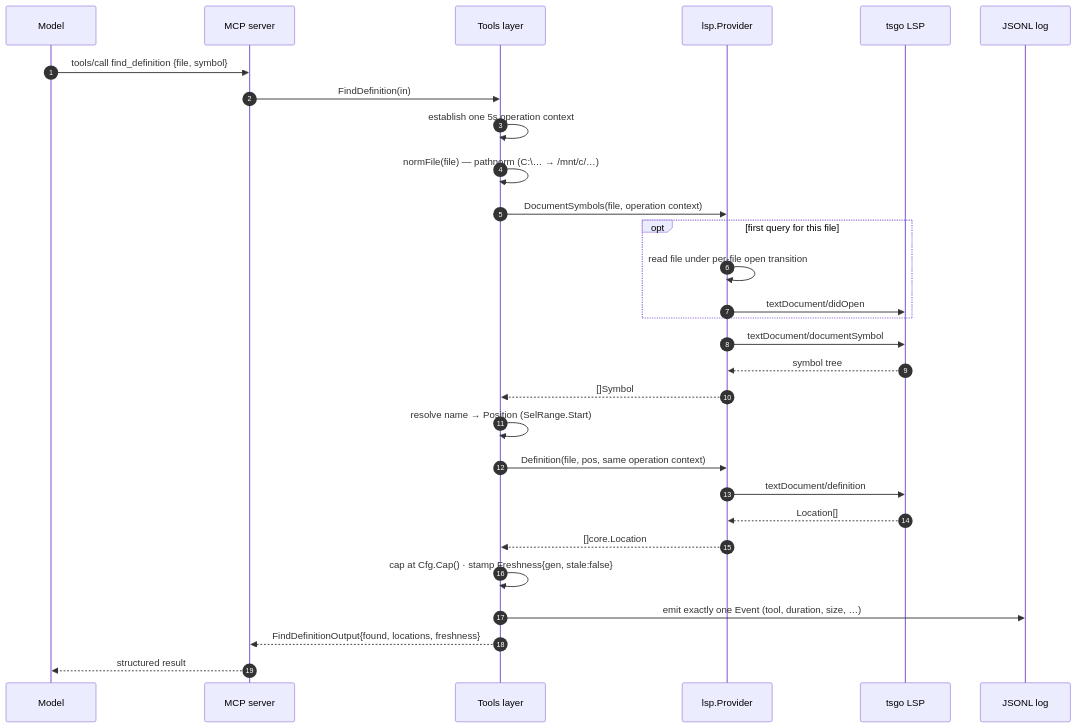
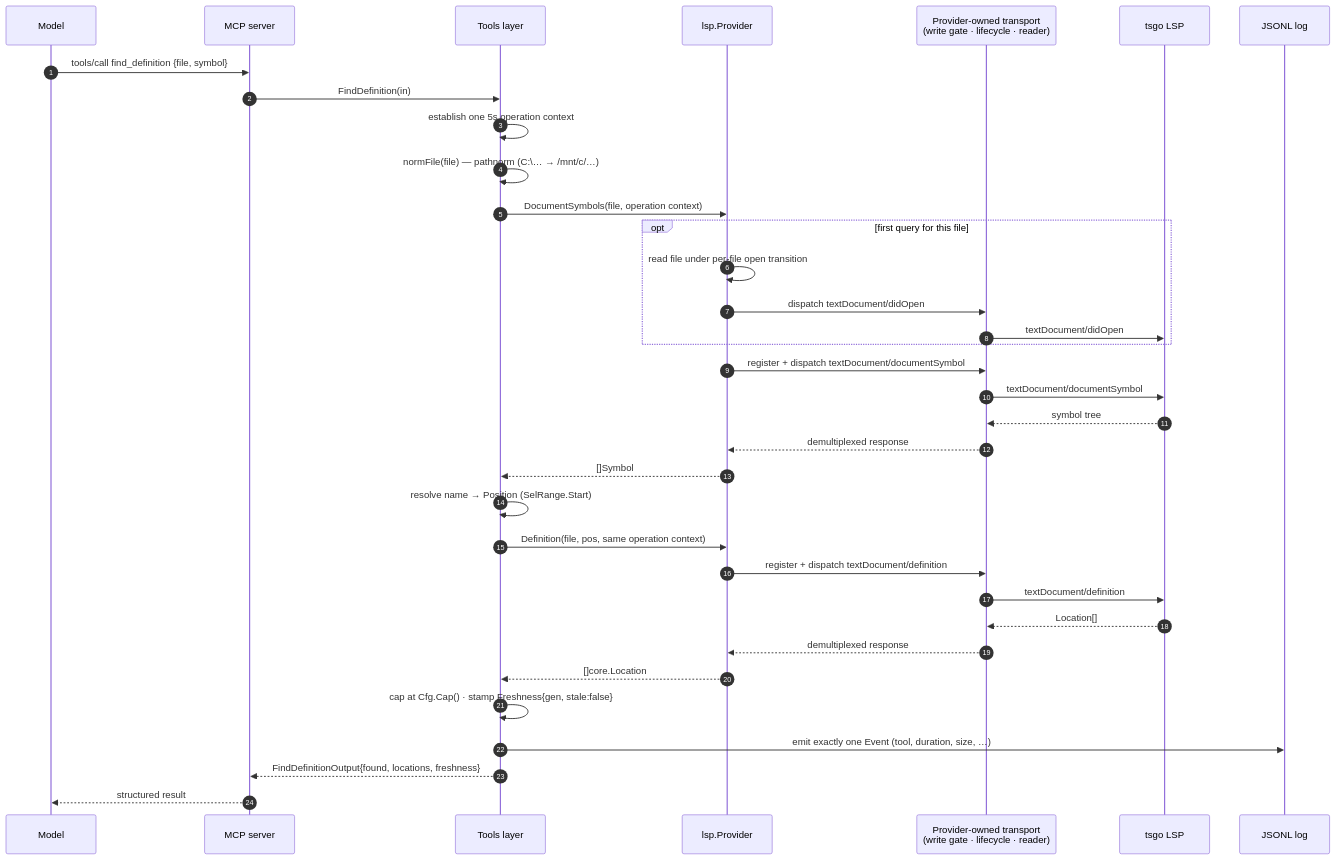
One commit to skflowne/portolan changed the second of 6 diagrams in ARCHITECTURE.md. Above: the diagram before and after it, drawn with Mermaid.

Commit message:
Document the LSP transport request path

````diff
--- a/ARCHITECTURE.md
+++ b/ARCHITECTURE.md
@@ -85,32 +85,38 @@
 ```mermaid
 sequenceDiagram
     autonumber
     participant M as Model
     participant S as MCP server
     participant T as Tools layer
     participant P as lsp.Provider
+    participant X as Provider-owned transport<br/>(write gate · lifecycle · reader)
     participant G as tsgo LSP
     participant L as JSONL log
 
     M->>S: tools/call find_definition {file, symbol}
     S->>T: FindDefinition(in)
     T->>T: establish one 5s operation context
     T->>T: normFile(file) — pathnorm (C:\… → /mnt/c/…)
     T->>P: DocumentSymbols(file, operation context)
     opt first query for this file
         P->>P: read file under per-file open transition
-        P->>G: textDocument/didOpen
+        P->>X: dispatch textDocument/didOpen
+        X->>G: textDocument/didOpen
     end
-    P->>G: textDocument/documentSymbol
-    G-->>P: symbol tree
+    P->>X: register + dispatch textDocument/documentSymbol
+    X->>G: textDocument/documentSymbol
+    G-->>X: symbol tree
+    X-->>P: demultiplexed response
     P-->>T: []Symbol
     T->>T: resolve name → Position (SelRange.Start)
     T->>P: Definition(file, pos, same operation context)
-    P->>G: textDocument/definition
-    G-->>P: Location[]
+    P->>X: register + dispatch textDocument/definition
+    X->>G: textDocument/definition
+    G-->>X: Location[]
+    X-->>P: demultiplexed response
     P-->>T: []core.Location
     T->>T: cap at Cfg.Cap() · stamp Freshness{gen, stale:false}
     T->>L: emit exactly one Event (tool, duration, size, …)
     T-->>S: FindDefinitionOutput{found, locations, freshness}
     S-->>M: structured result
 ```
````
